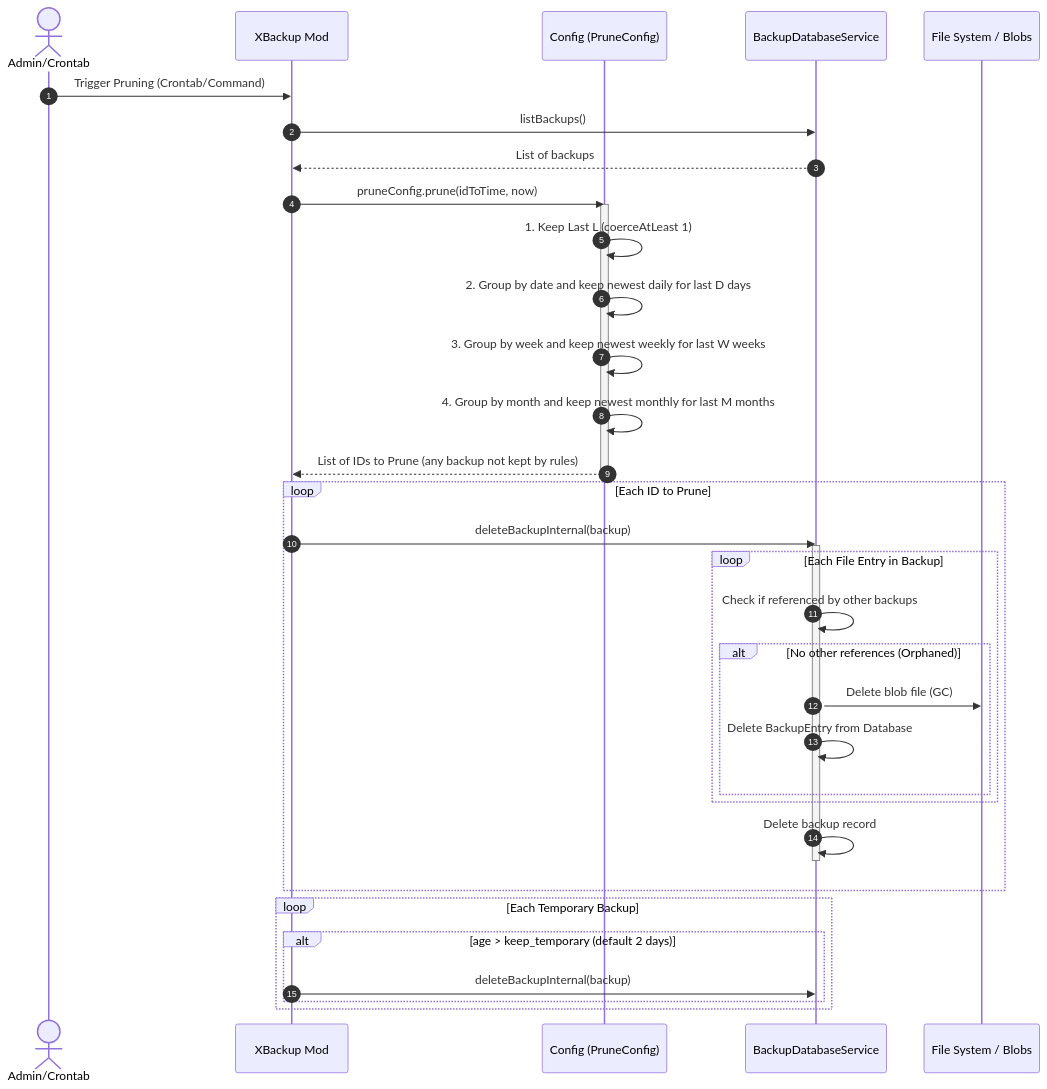
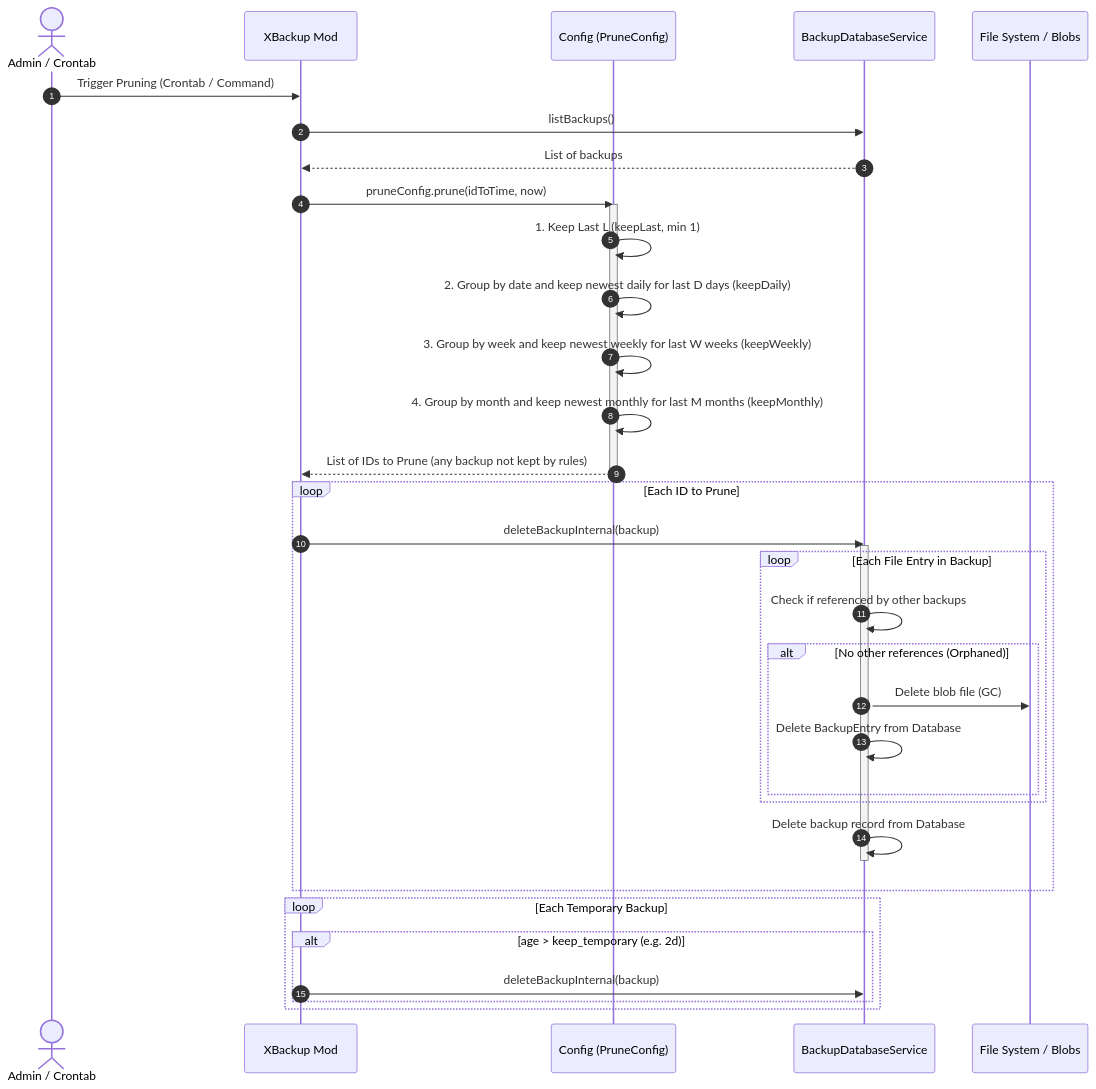
One commit to lnminh1411/x-backup changed the fourth of 4 diagrams in project_map.md. Above: the diagram before and after it, drawn with Mermaid. The commit also changed other lines of this file and 11 other files, not shown here.

````diff
--- a/project_map.md
+++ b/project_map.md
@@ -154,42 +211,42 @@
 ```mermaid
 sequenceDiagram
     autonumber
-    actor Admin as Admin/Crontab
+    actor Admin as Admin / Crontab
     participant Mod as XBackup Mod
     participant Config as Config (PruneConfig)
     participant DB as BackupDatabaseService
     participant Disk as File System / Blobs
 
-    Admin->>Mod: Trigger Pruning (Crontab/Command)
+    Admin->>Mod: Trigger Pruning (Crontab / Command)
     Mod->>DB: listBackups()
     DB-->>Mod: List of backups
     
     Mod->>Config: pruneConfig.prune(idToTime, now)
     activate Config
-    Config->>Config: 1. Keep Last L (coerceAtLeast 1)
-    Config->>Config: 2. Group by date and keep newest daily for last D days
-    Config->>Config: 3. Group by week and keep newest weekly for last W weeks
-    Config->>Config: 4. Group by month and keep newest monthly for last M months
+    Config->>Config: 1. Keep Last L (keepLast, min 1)
+    Config->>Config: 2. Group by date and keep newest daily for last D days (keepDaily)
+    Config->>Config: 3. Group by week and keep newest weekly for last W weeks (keepWeekly)
+    Config->>Config: 4. Group by month and keep newest monthly for last M months (keepMonthly)
     Config-->>Mod: List of IDs to Prune (any backup not kept by rules)
     deactivate Config
 
     loop Each ID to Prune
         Mod->>DB: deleteBackupInternal(backup)
         activate DB
         loop Each File Entry in Backup
             DB->>DB: Check if referenced by other backups
             alt No other references (Orphaned)
                 DB->>Disk: Delete blob file (GC)
                 DB->>DB: Delete BackupEntry from Database
             end
         end
-        DB->>DB: Delete backup record
+        DB->>DB: Delete backup record from Database
         deactivate DB
     end
     
     loop Each Temporary Backup
-        alt age > keep_temporary (default 2 days)
+        alt age > keep_temporary (e.g. 2d)
             Mod->>DB: deleteBackupInternal(backup)
         end
     end
 ```
````
